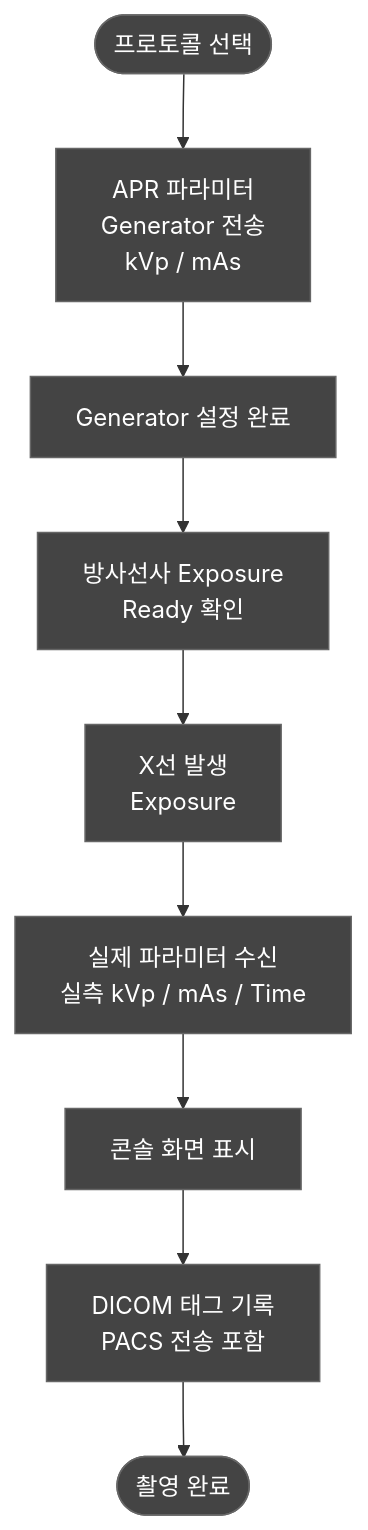
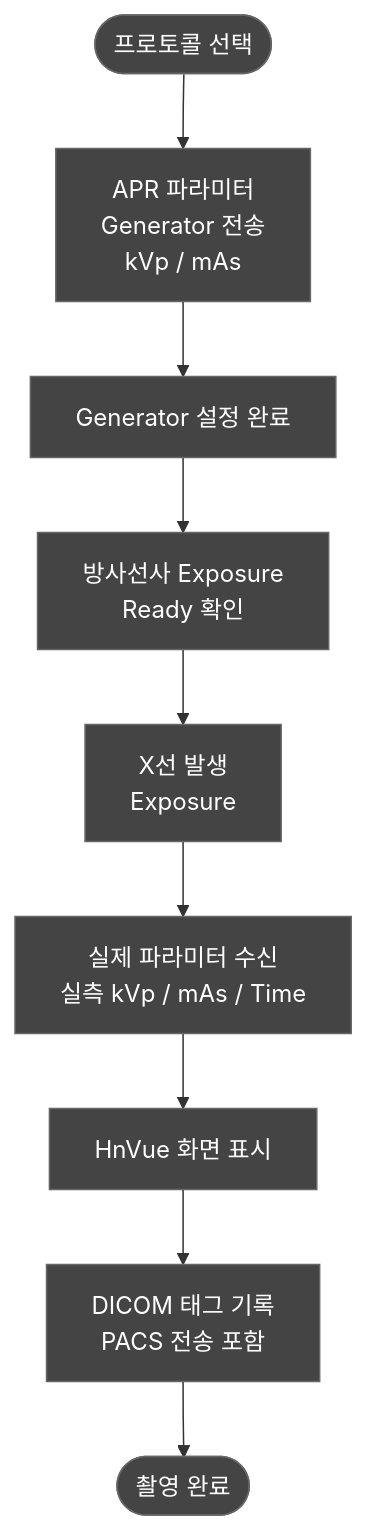
The seventh of 8 diagrams in docs/planning/DOC-001b_MR_Detailed_Spec_Tier2_3_4.md (holee9/console-gui), drawn with Mermaid before and after one commit. The commit also changed other lines of this file and 1 other file, not shown here.

First line of the commit message:
fix: MR 설명서 용어 통일 — 콘솔/앱/프로그램 시작 → HnVue 시작

````diff
--- a/docs/planning/DOC-001b_MR_Detailed_Spec_Tier2_3_4.md
+++ b/docs/planning/DOC-001b_MR_Detailed_Spec_Tier2_3_4.md
@@ -500,21 +500,21 @@
 ```mermaid
 flowchart TD
     A([프로토콜 선택]) --> B[APR 파라미터\nGenerator 전송\nkVp / mAs]
     B --> C[Generator 설정 완료]
     C --> D[방사선사 Exposure\nReady 확인]
     D --> E[X선 발생\nExposure]
     E --> F[실제 파라미터 수신\n실측 kVp / mAs / Time]
-    F --> G[콘솔 화면 표시]
+    F --> G[HnVue 화면 표시]
     G --> H[DICOM 태그 기록\nPACS 전송 포함]
     H --> I([촬영 완료])
 
     style A fill:#444,stroke:#666,color:#fff
     style B fill:#444,stroke:#666,color:#fff
     style C fill:#444,stroke:#666,color:#fff
     style D fill:#444,stroke:#666,color:#fff
     style E fill:#444,stroke:#666,color:#fff
     style F fill:#444,stroke:#666,color:#fff
     style G fill:#444,stroke:#666,color:#fff
     style H fill:#444,stroke:#666,color:#fff
     style I fill:#444,stroke:#666,color:#fff
 ```
````
